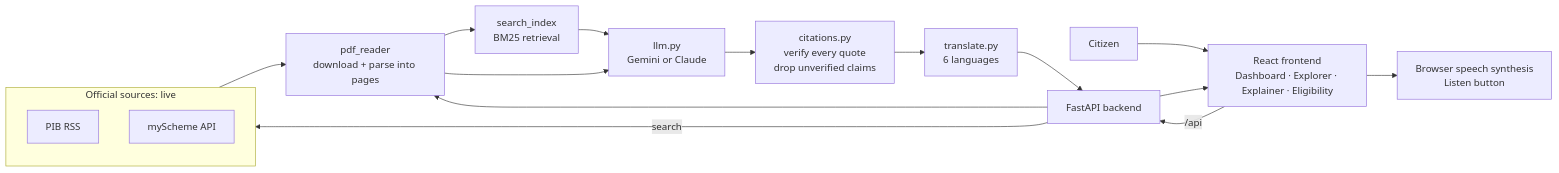
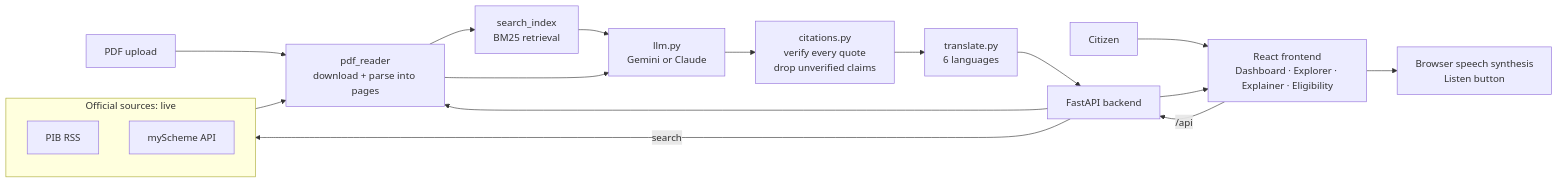
One commit to Sneha2536/NagrikAI changed the diagram in README.md. Above: the diagram before and after it, drawn with Mermaid. The commit also changed other lines of this file and 27 other files, not shown here.

````diff
--- a/README.md
+++ b/README.md
@@ -21,22 +22,23 @@
 ```mermaid
 flowchart LR
     U[Citizen] --> FE[React frontend<br/>Dashboard · Explorer · Explainer · Eligibility]
     FE -->|/api| BE[FastAPI backend]
 
     subgraph Sources[Official sources: live]
       PIB[PIB RSS]
       MS[myScheme API]
     end
     BE -->|search| Sources
     BE --> PR[pdf_reader<br/>download + parse into pages]
     Sources --> PR
+    UP[PDF upload] --> PR
 
     PR --> IDX[search_index<br/>BM25 retrieval]
     IDX --> LLM[llm.py<br/>Gemini or Claude]
     PR --> LLM
     LLM --> CIT[citations.py<br/>verify every quote<br/>drop unverified claims]
     CIT --> TR[translate.py<br/>6 languages]
     TR --> BE
     BE --> FE
     FE --> TTS[Browser speech synthesis<br/>Listen button]
 ```
````
